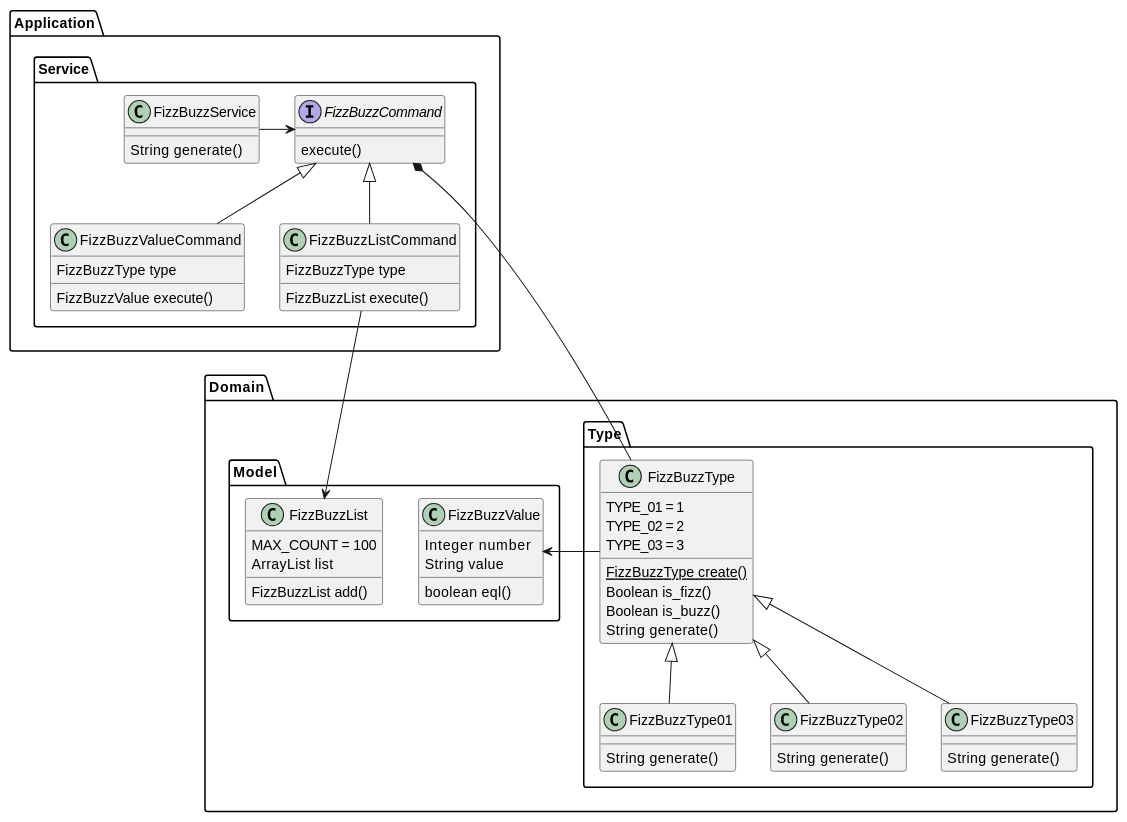
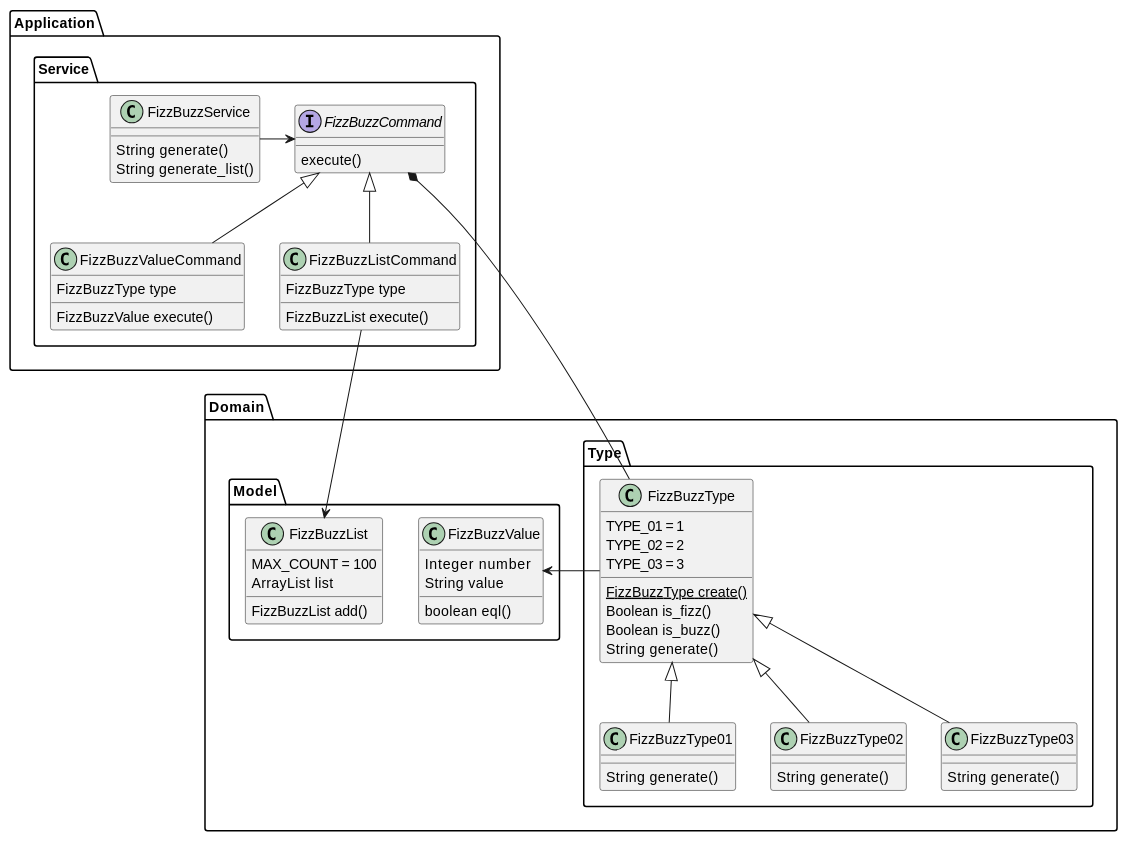
One commit to hiroshima-arc/tdd_rb changed the diagram in docs/src/spec/fizz_buzz.adoc. Above: the diagram before and after it, drawn with PlantUML. The commit also changed other lines of this file and 3 other files, not shown here.

```diff
--- a/docs/src/spec/fizz_buzz.adoc
+++ b/docs/src/spec/fizz_buzz.adoc
@@ -57,74 +57,75 @@
 [plantuml]
 ----
 
 package Application {
   package Service {
     class FizzBuzzService {
       String generate()
+      String generate_list()
     }
     interface FizzBuzzCommand {
       execute()
     }
 
     class FizzBuzzValueCommand {
       FizzBuzzType type
       FizzBuzzValue execute()
     }
 
     class FizzBuzzListCommand {
       FizzBuzzType type
       FizzBuzzList execute()
     }
   }
 }
 
 package Domain {
     package Model {
       class FizzBuzzValue {
         Integer number
         String value
         boolean eql()
       }
 
       class FizzBuzzList {
         MAX_COUNT = 100
         ArrayList list
         FizzBuzzList add()
       }
     }
 
     package Type {
       class FizzBuzzType {
         TYPE_01 = 1
         TYPE_02 = 2
         TYPE_03 = 3
         FizzBuzzType {static} create()
         Boolean is_fizz()
         Boolean is_buzz()
         String generate()
       }
 
       class FizzBuzzType01 {
         String generate()
       }
 
       class FizzBuzzType02 {
         String generate()
       }
 
       class FizzBuzzType03 {
         String generate()
       }
     }
 }
 FizzBuzzService -> FizzBuzzCommand
 FizzBuzzCommand <|-- FizzBuzzValueCommand
 FizzBuzzCommand <|-- FizzBuzzListCommand
 FizzBuzzCommand *- FizzBuzzType
 FizzBuzzType <|-- FizzBuzzType01
 FizzBuzzType <|-- FizzBuzzType02
 FizzBuzzType <|-- FizzBuzzType03
 FizzBuzzType -> FizzBuzzValue
 FizzBuzzListCommand --> FizzBuzzList
 
 ----
```
